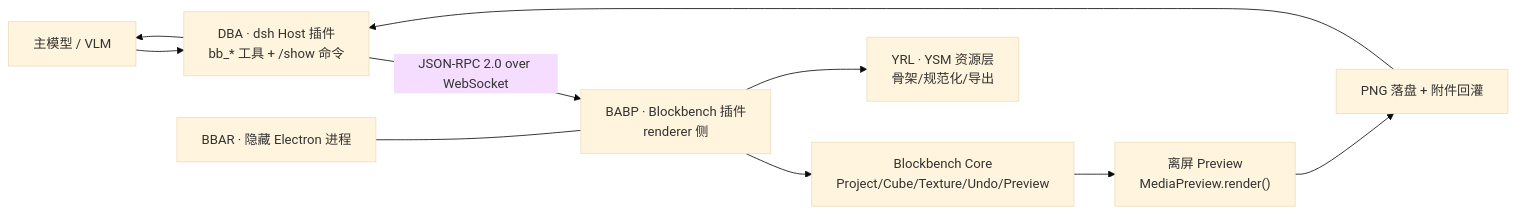
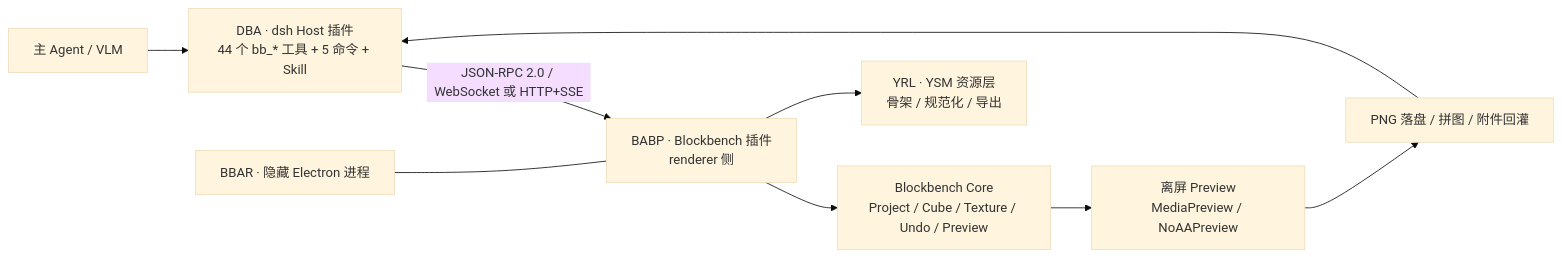
One commit to yan-mc/blockbench-ysm-agent changed the diagram in README.md. Above: the diagram before and after it, drawn with Mermaid (base theme). The commit also changed other lines of this file and 24 other files, not shown here.

````diff
--- a/README.md
+++ b/README.md
@@ -164,12 +69,11 @@
 ```mermaid
 flowchart LR
-  M["主模型 / VLM"] --> D["DBA · dsh Host 插件<br/>bb_* 工具 + /show 命令"]
-  D -- "JSON-RPC 2.0 over WebSocket" --> B["BABP · Blockbench 插件<br/>renderer 侧"]
-  B --> C["Blockbench Core<br/>Project/Cube/Texture/Undo/Preview"]
-  B --> Y["YRL · YSM 资源层<br/>骨架/规范化/导出"]
-  C --> R["离屏 Preview<br/>MediaPreview.render()"]
-  R --> P["PNG 落盘 + 附件回灌"]
+  M["主 Agent / VLM"] --> D["DBA · dsh Host 插件<br/>44 个 bb_* 工具 + 5 命令 + Skill"]
+  D -- "JSON-RPC 2.0 / WebSocket 或 HTTP+SSE" --> B["BABP · Blockbench 插件<br/>renderer 侧"]
+  B --> C["Blockbench Core<br/>Project / Cube / Texture / Undo / Preview"]
+  B --> Y["YRL · YSM 资源层<br/>骨架 / 规范化 / 导出"]
+  C --> R["离屏 Preview<br/>MediaPreview / NoAAPreview"]
+  R --> P["PNG 落盘 / 拼图 / 附件回灌"]
   P --> D
-  D --> M
   E["BBAR · 隐藏 Electron 进程"] --- B
 ```
````
